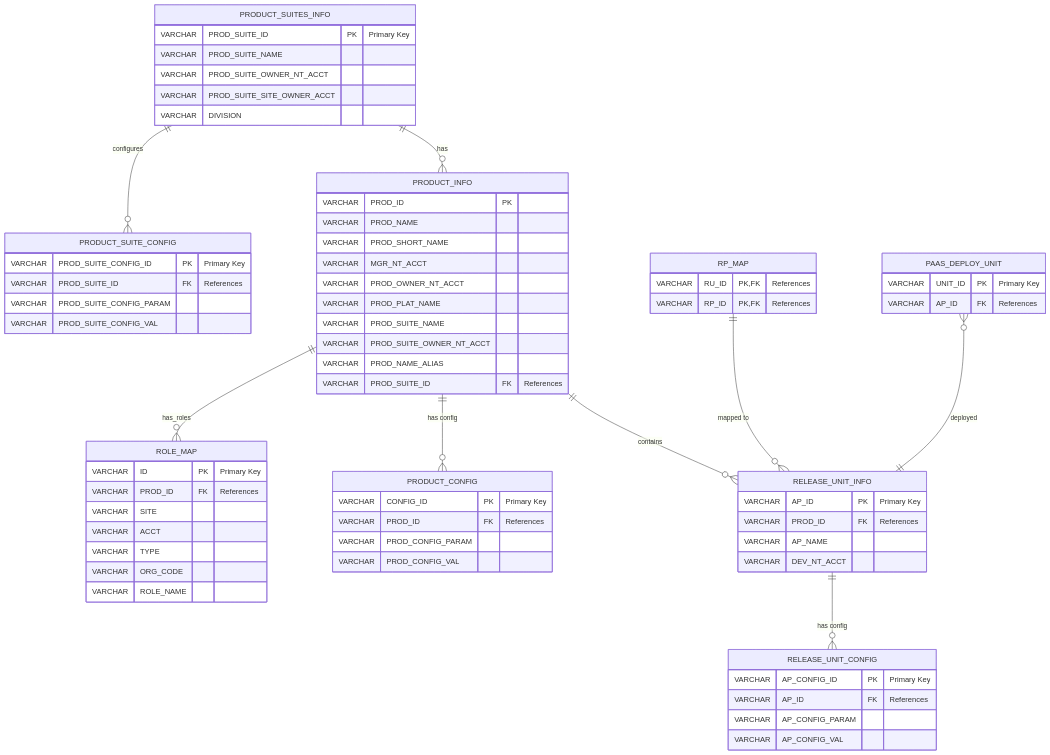
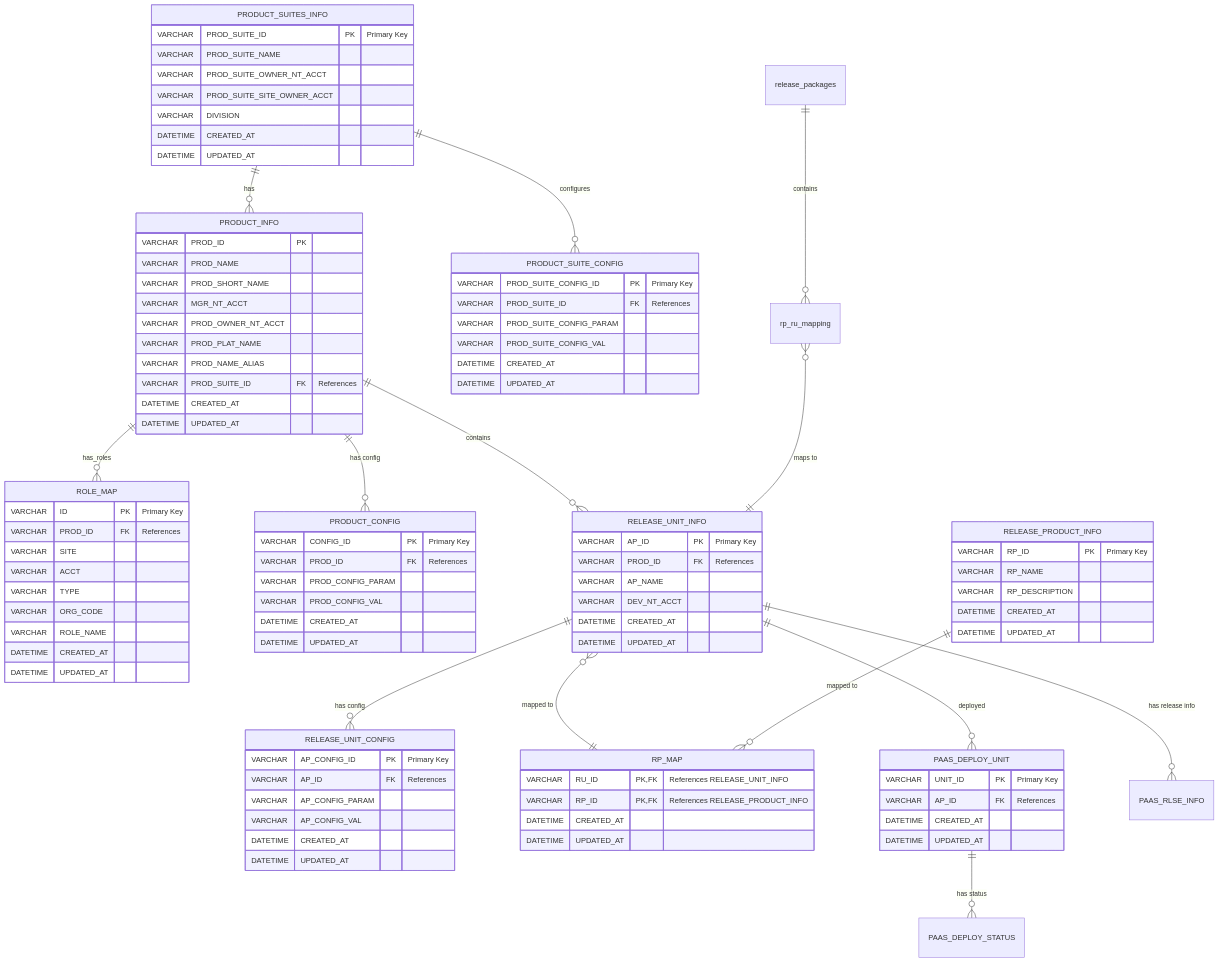
Before and after one commit to terenzio/DBMigrationPrototype: the diagram in docs/erDiagram.mmd, drawn with Mermaid. The commit also changed 3 other files, not shown here.

Commit message:
Enhance ER diagrams with additional relationships and entity definitions; add product release mapping images

```diff
--- a/docs/erDiagram.mmd
+++ b/docs/erDiagram.mmd
@@ -1,78 +1,135 @@
 erDiagram
+
+    %% =============================================
+    %% Relationships
+    %% =============================================
+
+    %% Product Suite relationships
+    PRODUCT_SUITES_INFO ||--o{ PRODUCT_INFO : "has"
+    PRODUCT_SUITES_INFO ||--o{ PRODUCT_SUITE_CONFIG : "configures"
+
+    %% Product relationships
+    PRODUCT_INFO ||--o{ ROLE_MAP : "has_roles"
+    PRODUCT_INFO ||--o{ PRODUCT_CONFIG : "has config"
+    PRODUCT_INFO ||--o{ RELEASE_UNIT_INFO : "contains"
+
+    %% Release Unit relationships
+    RELEASE_UNIT_INFO ||--o{ RELEASE_UNIT_CONFIG : "has config"
+    RELEASE_UNIT_INFO }o--|| RP_MAP : "mapped to"
+    RELEASE_UNIT_INFO ||--o{ PAAS_DEPLOY_UNIT : "deployed"
+    RELEASE_UNIT_INFO ||--o{ PAAS_RLSE_INFO : "has release info"
+
+    %% Release Product and Package relationships
+    RELEASE_PRODUCT_INFO ||--o{ RP_MAP : "mapped to"
+    release_packages ||--o{ rp_ru_mapping : "contains"
+    rp_ru_mapping }o--|| RELEASE_UNIT_INFO : "maps to"
+
+    %% PaaS relationships
+    PAAS_DEPLOY_UNIT ||--o{ PAAS_DEPLOY_STATUS : "has status"
+
+    %% =============================================
+    %% Entity Definitions
+    %% =============================================
+
+    %% ----- Product Suite Entities -----
+
     PRODUCT_SUITES_INFO {
         VARCHAR PROD_SUITE_ID PK "Primary Key"
         VARCHAR PROD_SUITE_NAME ""
         VARCHAR PROD_SUITE_OWNER_NT_ACCT ""
-        VARCHAR PROD_SUITE_SITE_OWNER_ACCT ""        
+        VARCHAR PROD_SUITE_SITE_OWNER_ACCT ""
         VARCHAR DIVISION ""
+        DATETIME CREATED_AT ""
+        DATETIME UPDATED_AT ""
     }
 
     PRODUCT_SUITE_CONFIG {
         VARCHAR PROD_SUITE_CONFIG_ID PK "Primary Key"
         VARCHAR PROD_SUITE_ID FK "References"
         VARCHAR PROD_SUITE_CONFIG_PARAM ""
-        VARCHAR PROD_SUITE_CONFIG_VAL "" 
+        VARCHAR PROD_SUITE_CONFIG_VAL ""
+        DATETIME CREATED_AT ""
+        DATETIME UPDATED_AT ""
     }
+
+    %% ----- Product Entities -----
 
     PRODUCT_INFO {
         VARCHAR PROD_ID PK ""
         VARCHAR PROD_NAME ""
         VARCHAR PROD_SHORT_NAME ""
         VARCHAR MGR_NT_ACCT ""
         VARCHAR PROD_OWNER_NT_ACCT ""
         VARCHAR PROD_PLAT_NAME ""
-        VARCHAR PROD_SUITE_NAME ""
-        VARCHAR PROD_SUITE_OWNER_NT_ACCT ""
         VARCHAR PROD_NAME_ALIAS ""
         VARCHAR PROD_SUITE_ID FK "References"
+        DATETIME CREATED_AT ""
+        DATETIME UPDATED_AT ""
     }
 
     PRODUCT_CONFIG {
         VARCHAR CONFIG_ID PK "Primary Key"
         VARCHAR PROD_ID FK "References"
         VARCHAR PROD_CONFIG_PARAM ""
         VARCHAR PROD_CONFIG_VAL ""
-    }
-
-    RELEASE_UNIT_INFO {
-        VARCHAR AP_ID PK "Primary Key"
-        VARCHAR PROD_ID FK "References"
-        VARCHAR AP_NAME ""
-        VARCHAR DEV_NT_ACCT ""
-    }
-
-    RELEASE_UNIT_CONFIG {
-        VARCHAR AP_CONFIG_ID PK "Primary Key"
-        VARCHAR AP_ID FK "References"
-        VARCHAR AP_CONFIG_PARAM ""
-        VARCHAR AP_CONFIG_VAL ""
+        DATETIME CREATED_AT ""
+        DATETIME UPDATED_AT ""
     }
 
     ROLE_MAP {
         VARCHAR ID PK "Primary Key"
         VARCHAR PROD_ID FK "References"
         VARCHAR SITE ""
         VARCHAR ACCT ""
         VARCHAR TYPE ""
         VARCHAR ORG_CODE ""
         VARCHAR ROLE_NAME ""
+        DATETIME CREATED_AT ""
+        DATETIME UPDATED_AT ""
     }
 
-    PRODUCT_SUITES_INFO ||--o{ PRODUCT_SUITE_CONFIG : "configures"
-    PRODUCT_SUITES_INFO ||--o{ PRODUCT_INFO : "has"
-    PRODUCT_INFO ||--o{ ROLE_MAP : "has_roles"
-    PRODUCT_INFO ||--o{ PRODUCT_CONFIG : "has config"
-    PRODUCT_INFO ||--o{ RELEASE_UNIT_INFO : "contains"
-    RELEASE_UNIT_INFO ||--o{ RELEASE_UNIT_CONFIG : "has config"
-    RP_MAP ||--o{ RELEASE_UNIT_INFO : "mapped to"
-    PAAS_DEPLOY_UNIT }o--|| RELEASE_UNIT_INFO : "deployed"
+    %% ----- Release Unit Entities -----
+
+    RELEASE_UNIT_INFO {
+        VARCHAR AP_ID PK "Primary Key"
+        VARCHAR PROD_ID FK "References"
+        VARCHAR AP_NAME ""
+        VARCHAR DEV_NT_ACCT ""
+        DATETIME CREATED_AT ""
+        DATETIME UPDATED_AT ""
+    }
+
+    RELEASE_UNIT_CONFIG {
+        VARCHAR AP_CONFIG_ID PK "Primary Key"
+        VARCHAR AP_ID FK "References"
+        VARCHAR AP_CONFIG_PARAM ""
+        VARCHAR AP_CONFIG_VAL ""
+        DATETIME CREATED_AT ""
+        DATETIME UPDATED_AT ""
+    }
+
+    %% ----- Release Product / Package Entities -----
+
+    RELEASE_PRODUCT_INFO {
+        VARCHAR RP_ID PK "Primary Key"
+        VARCHAR RP_NAME ""
+        VARCHAR RP_DESCRIPTION ""
+        DATETIME CREATED_AT ""
+        DATETIME UPDATED_AT ""
+    }
 
     RP_MAP {
-        VARCHAR RU_ID PK,FK "References"
-        VARCHAR RP_ID PK,FK "References"
+        VARCHAR RU_ID PK,FK "References RELEASE_UNIT_INFO"
+        VARCHAR RP_ID PK,FK "References RELEASE_PRODUCT_INFO"
+        DATETIME CREATED_AT ""
+        DATETIME UPDATED_AT ""
     }
+
+    %% ----- PaaS Entities -----
 
     PAAS_DEPLOY_UNIT {
         VARCHAR UNIT_ID PK "Primary Key"
         VARCHAR AP_ID FK "References"
+        DATETIME CREATED_AT ""
+        DATETIME UPDATED_AT ""
     }
```
